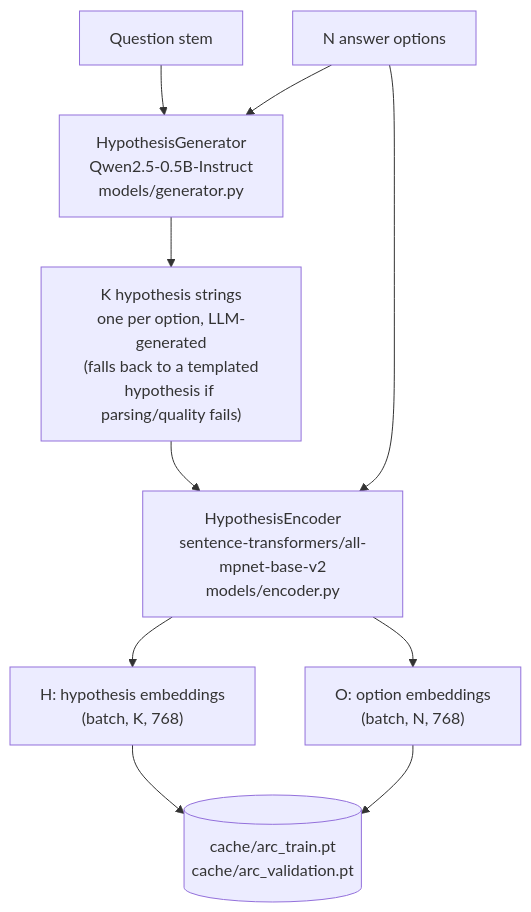
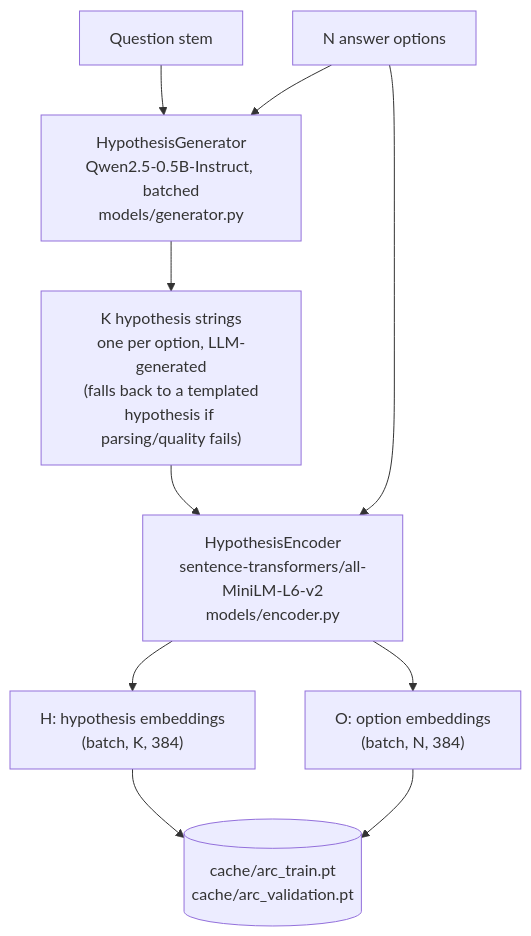
One commit to Thorfast191/qAIR-CSE499B changed the second of 7 diagrams in README.md. Above: the diagram before and after it, drawn with Mermaid. The commit also changed other lines of this file and 6 other files, not shown here.

````diff
--- a/README.md
+++ b/README.md
@@ -120,12 +120,12 @@
 ```mermaid
 flowchart TD
-    Q["Question stem"] --> GEN["HypothesisGenerator<br/>Qwen2.5-0.5B-Instruct<br/>models/generator.py"]
+    Q["Question stem"] --> GEN["HypothesisGenerator<br/>Qwen2.5-0.5B-Instruct, batched<br/>models/generator.py"]
     OPT["N answer options"] --> GEN
     GEN --> HT["K hypothesis strings<br/>one per option, LLM-generated<br/>(falls back to a templated<br/>hypothesis if parsing/quality fails)"]
-    HT --> ENC["HypothesisEncoder<br/>sentence-transformers/all-mpnet-base-v2<br/>models/encoder.py"]
+    HT --> ENC["HypothesisEncoder<br/>sentence-transformers/all-MiniLM-L6-v2<br/>models/encoder.py"]
     OPT --> ENC
-    ENC --> H["H: hypothesis embeddings<br/>(batch, K, 768)"]
-    ENC --> O["O: option embeddings<br/>(batch, N, 768)"]
+    ENC --> H["H: hypothesis embeddings<br/>(batch, K, 384)"]
+    ENC --> O["O: option embeddings<br/>(batch, N, 384)"]
     H --> CACHE[("cache/arc_train.pt<br/>cache/arc_validation.pt")]
     O --> CACHE
 ```
````
